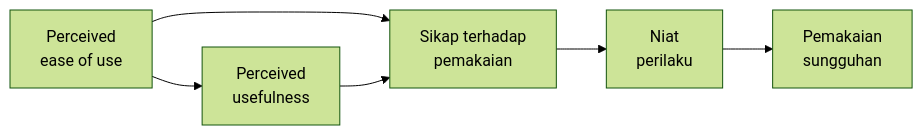
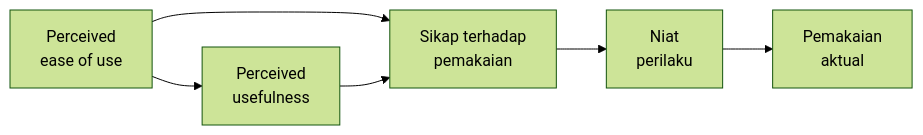
Before and after one commit to rameliaz/tp: the diagram in slides/pertemuan3.qmd, drawn with Mermaid (forest theme). The commit also changed other lines of this file and 28 other files, not shown here.

````diff
--- a/slides/pertemuan3.qmd
+++ b/slides/pertemuan3.qmd
@@ -78,9 +78,9 @@
 ```{mermaid}
 %%| fig-width: 9
 flowchart LR
     PEOU[Perceived<br>ease of use] --> PU[Perceived<br>usefulness]
     PEOU --> ATT[Sikap terhadap<br>pemakaian]
     PU --> ATT
     ATT --> BI[Niat<br>perilaku]
-    BI --> USE[Pemakaian<br>sungguhan]
+    BI --> USE[Pemakaian<br>aktual]
 ```
````
